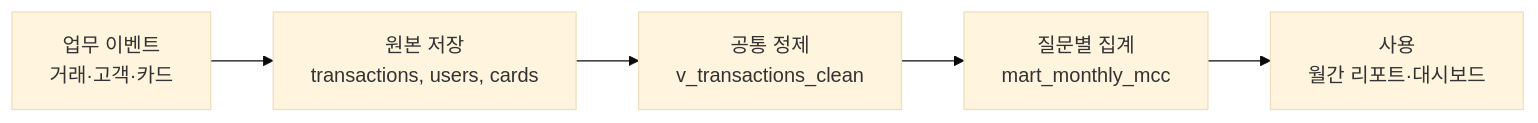
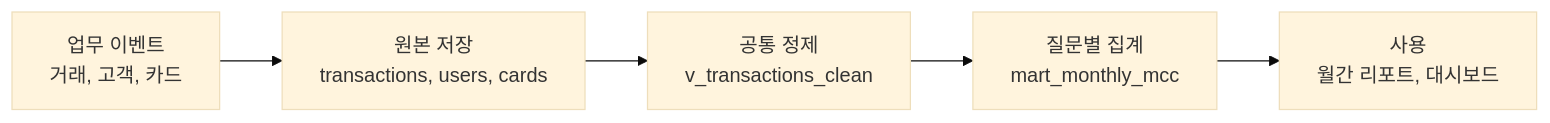
The first of 2 diagrams in docs/week5/lecture.md (Eunjung-Cho/bdai13-bigquery), drawn with Mermaid (base theme) before and after one commit. The commit also changed other lines of this file and 34 other files, not shown here.

````diff
--- a/docs/week5/lecture.md
+++ b/docs/week5/lecture.md
@@ -49,7 +49,7 @@
 ```mermaid
 flowchart LR
-    A["업무 이벤트<br/>거래·고객·카드"] --> B["원본 저장<br/>transactions, users, cards"]
+    A["업무 이벤트<br/>거래, 고객, 카드"] --> B["원본 저장<br/>transactions, users, cards"]
     B --> C["공통 정제<br/>v_transactions_clean"]
     C --> D["질문별 집계<br/>mart_monthly_mcc"]
-    D --> E["사용<br/>월간 리포트·대시보드"]
+    D --> E["사용<br/>월간 리포트, 대시보드"]
 ```
````
